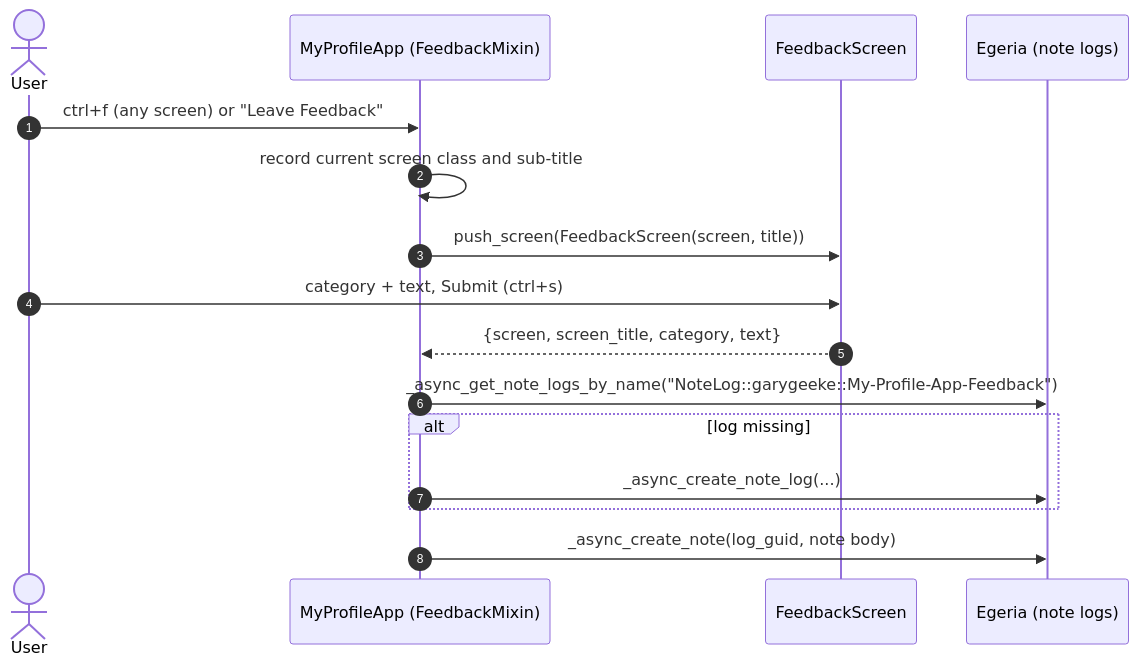
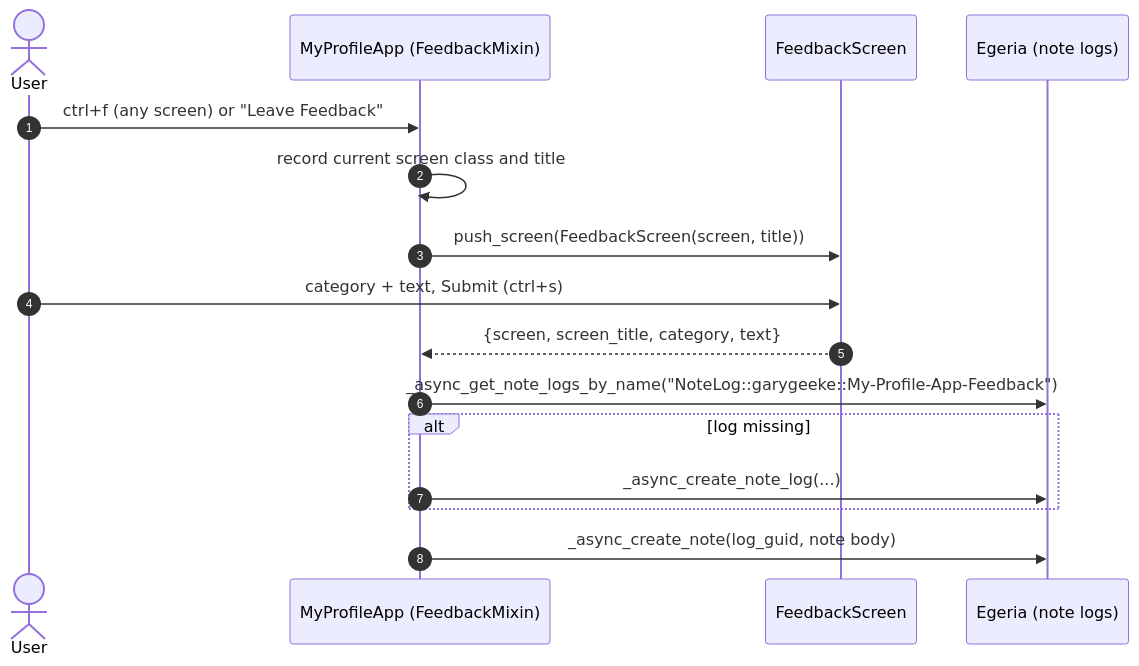
Before and after one commit to odpi/egeria-python: the fifth of 10 diagrams in docs/My-Egeria-Doc.md, drawn with Mermaid. The commit also changed other lines of this file and 42 other files, not shown here.

````diff
--- a/docs/My-Egeria-Doc.md
+++ b/docs/My-Egeria-Doc.md
@@ -353,19 +356,19 @@
 ```mermaid
 sequenceDiagram
     autonumber
     actor User
     participant App as MyProfileApp (FeedbackMixin)
     participant FS as FeedbackScreen
     participant Egeria as Egeria (note logs)
 
     User->>App: ctrl+f (any screen) or "Leave Feedback"
-    App->>App: record current screen class and sub-title
+    App->>App: record current screen class and title
     App->>FS: push_screen(FeedbackScreen(screen, title))
     User->>FS: category + text, Submit (ctrl+s)
     FS-->>App: {screen, screen_title, category, text}
     App->>Egeria: _async_get_note_logs_by_name("NoteLog::garygeeke::My-Profile-App-Feedback")
     alt log missing
         App->>Egeria: _async_create_note_log(...)
     end
     App->>Egeria: _async_create_note(log_guid, note body)
 ```
````
